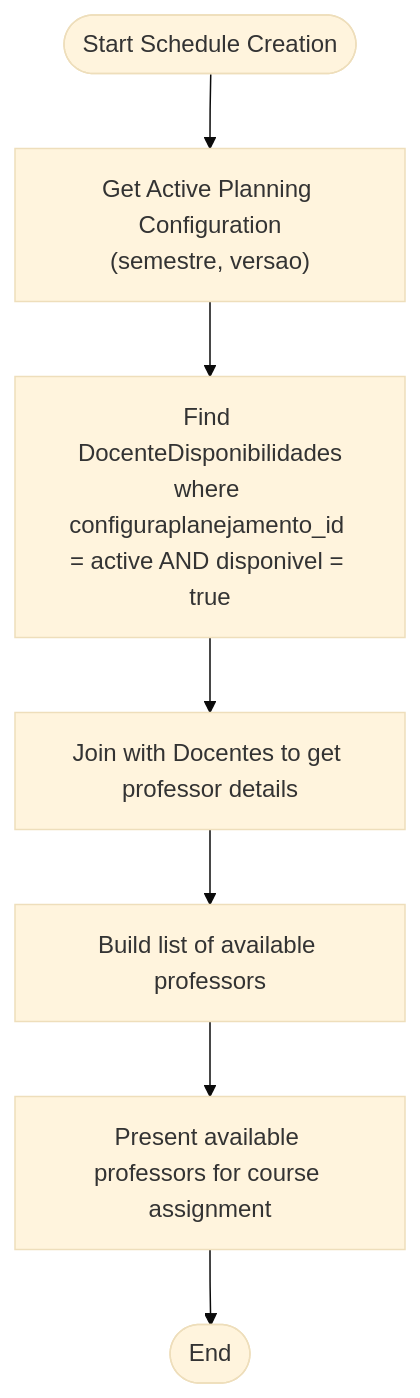
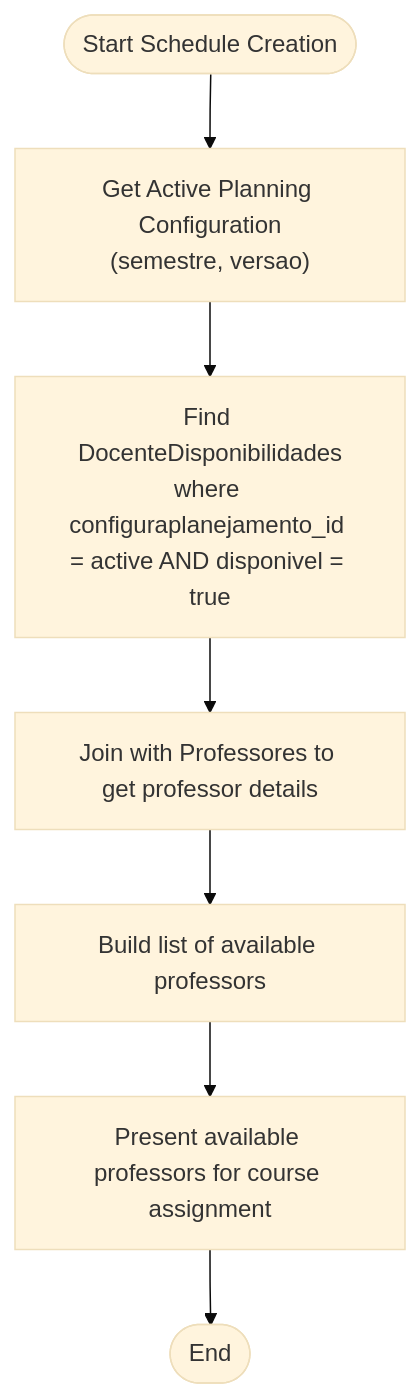
The fifth of 6 diagrams in .qoder/repowiki/en/content/Project Overview/Core Features Overview/Faculty Management/Faculty Availability Tracking.md (luiseduacosta/planejamento5), drawn with Mermaid (base theme) before and after one commit. The commit also changed other lines of this file and 37 other files, not shown here.

Commit message:
repowiki: rename Docentes → Professores in metadata

````diff
--- a/.qoder/repowiki/en/content/Project Overview/Core Features Overview/Faculty Management/Faculty Availability Tracking.md
+++ b/.qoder/repowiki/en/content/Project Overview/Core Features Overview/Faculty Management/Faculty Availability Tracking.md
@@ -261,9 +261,9 @@
 ```mermaid
 flowchart TD
 Start(["Start Schedule Creation"]) --> GetActiveCfg["Get Active Planning Configuration<br/>(semestre, versao)"]
 GetActiveCfg --> FindAvail["Find DocenteDisponibilidades<br/>where configuraplanejamento_id = active AND disponivel = true"]
-FindAvail --> JoinDocs["Join with Docentes to get professor details"]
+FindAvail --> JoinDocs["Join with Professores to get professor details"]
 JoinDocs --> FilterList["Build list of available professors"]
 FilterList --> Assign["Present available professors for course assignment"]
 Assign --> End(["End"])
 ```
````
